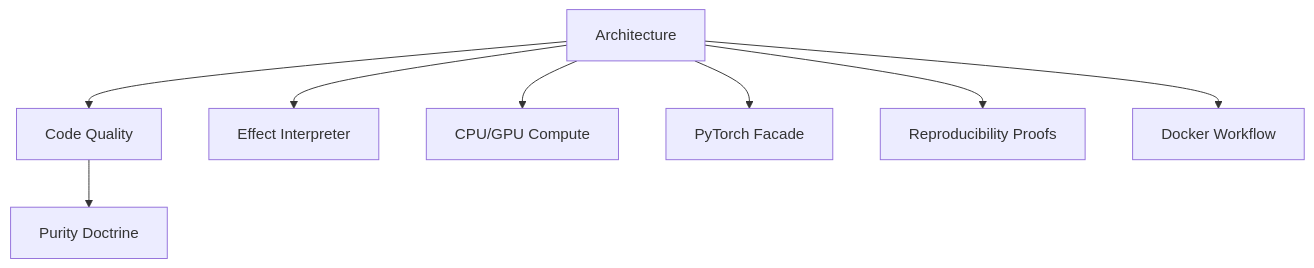
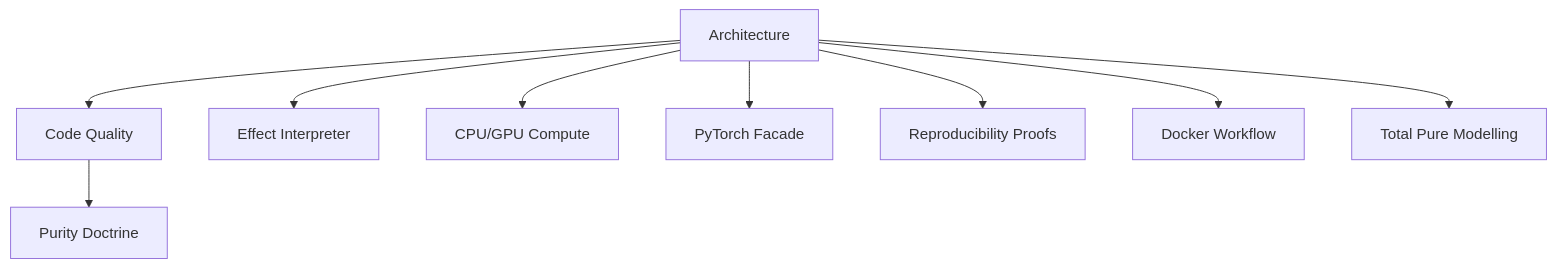
One commit to Tuee22/SpectralMC changed the first of 2 diagrams in documents/engineering/architecture.md. Above: the diagram before and after it, drawn with Mermaid. The commit also changed other lines of this file and 18 other files, not shown here.

````diff
--- a/documents/engineering/architecture.md
+++ b/documents/engineering/architecture.md
@@ -12,19 +12,20 @@
 ```mermaid
 flowchart TB
   Arch[Architecture]
   CQ[Code Quality]
   Purity[Purity Doctrine]
   Interpreter[Effect Interpreter]
   CPUvsGPU[CPU/GPU Compute]
   Facade[PyTorch Facade]
   Repro[Reproducibility Proofs]
   Docker[Docker Workflow]
 
   Arch --> CQ
   Arch --> Interpreter
   Arch --> CPUvsGPU
   Arch --> Facade
   Arch --> Repro
   Arch --> Docker
   CQ --> Purity
+  Arch --> TPM[Total Pure Modelling]
 ```
````
